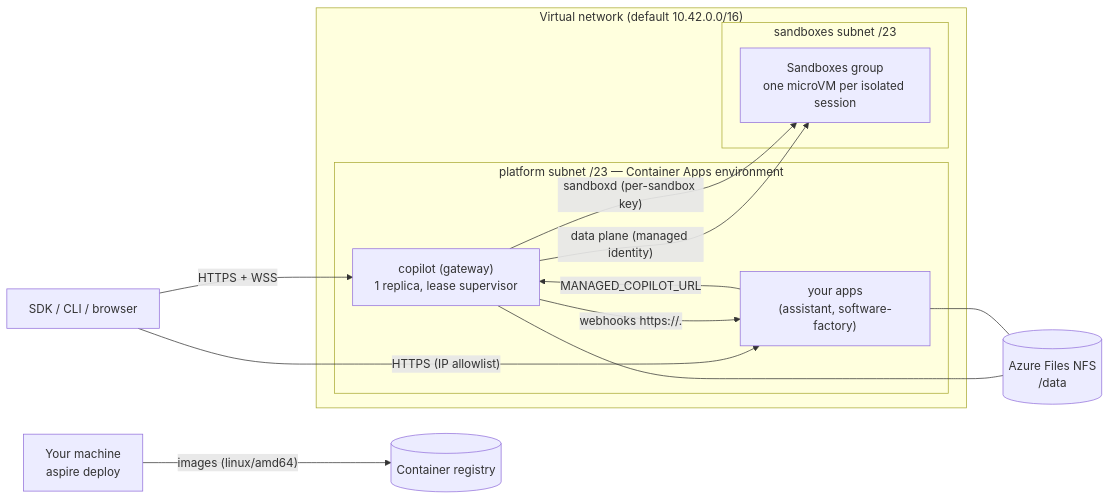
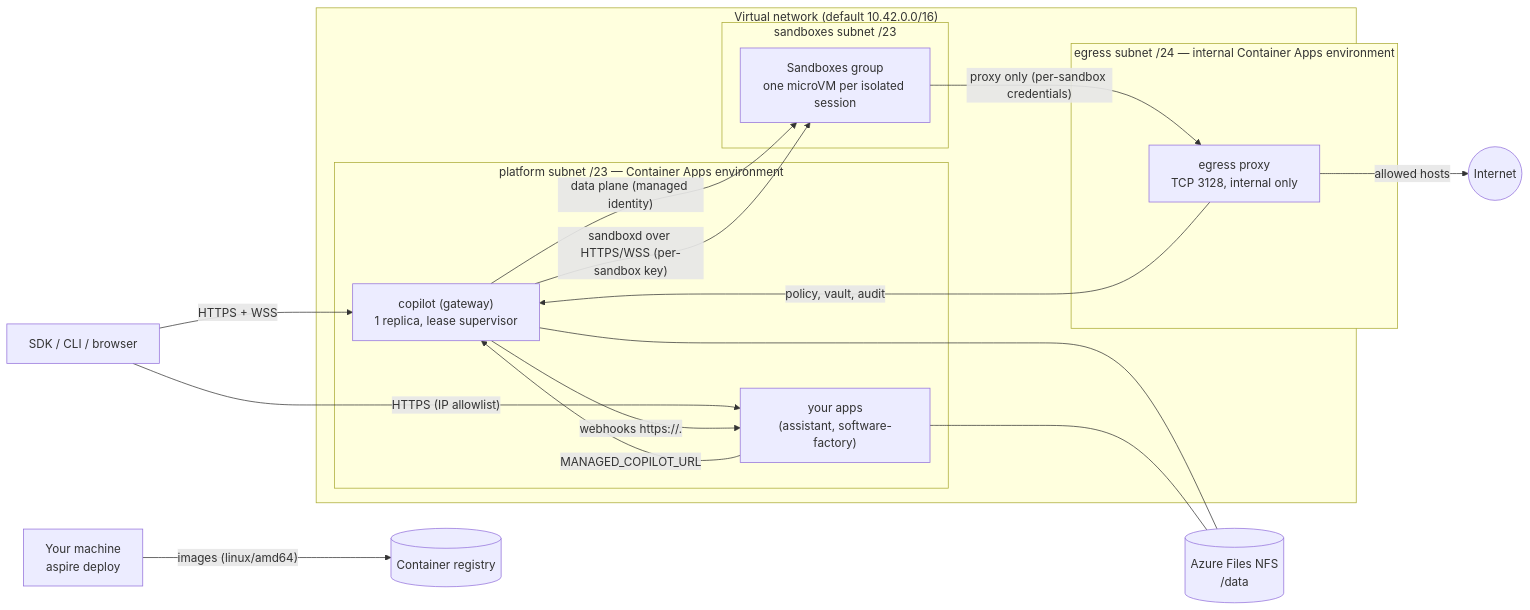
One commit to patniko/managed-copilot-sdk changed the diagram in docs/deployment.md. Above: the diagram before and after it, drawn with Mermaid. The commit also changed other lines of this file and 2 other files, not shown here.

````diff
--- a/docs/deployment.md
+++ b/docs/deployment.md
@@ -16,22 +17,29 @@
 ```mermaid
 flowchart LR
   Dev["Your machine<br/>aspire deploy"] -- "images (linux/amd64)" --> ACR[(Container registry)]
   subgraph VNet["Virtual network (default 10.42.0.0/16)"]
     subgraph Platform["platform subnet /23 — Container Apps environment"]
       GW["copilot (gateway)<br/>1 replica, lease supervisor"]
       Apps["your apps<br/>(assistant, software-factory)"]
     end
+    subgraph EgressNet["egress subnet /24 — internal Container Apps environment"]
+      EP["egress proxy<br/>TCP 3128, internal only"]
+    end
     subgraph SbxNet["sandboxes subnet /23"]
       SG["Sandboxes group<br/>one microVM per isolated session"]
     end
   end
   NFS[("Azure Files NFS<br/>/data")]
+  Net((Internet))
   Client["SDK / CLI / browser"] -- "HTTPS + WSS" --> GW
   Client -- "HTTPS (IP allowlist)" --> Apps
   Apps -- "MANAGED_COPILOT_URL" --> GW
   GW -- "webhooks https://<app>.<domain>" --> Apps
   GW -- "data plane (managed identity)" --> SG
-  GW -- "sandboxd (per-sandbox key)" --> SG
+  GW -- "sandboxd over HTTPS/WSS (per-sandbox key)" --> SG
+  SG -- "proxy only (per-sandbox credentials)" --> EP
+  EP -- "policy, vault, audit" --> GW
+  EP -- "allowed hosts" --> Net
   GW --- NFS
   Apps --- NFS
 ```
````
